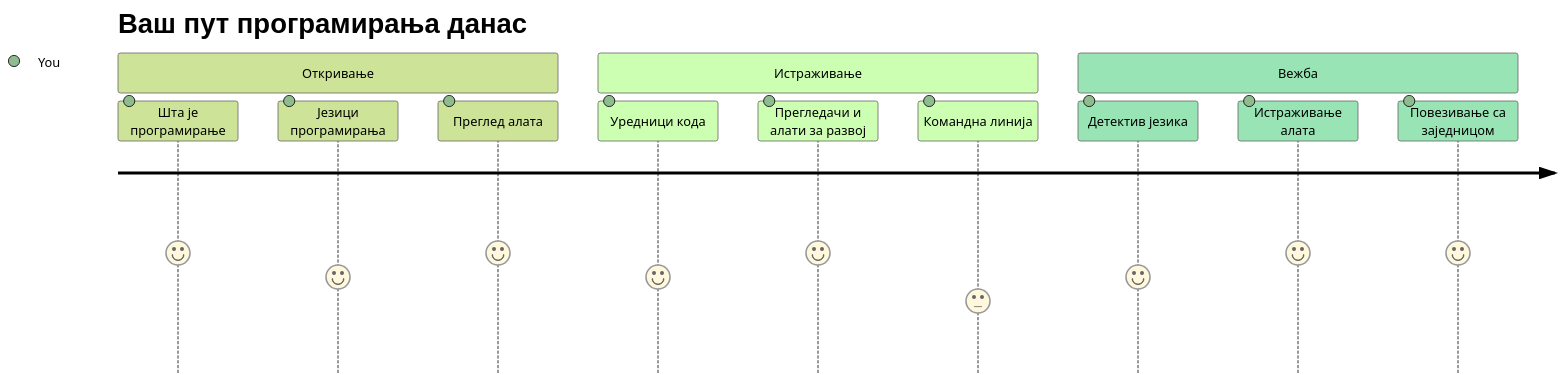
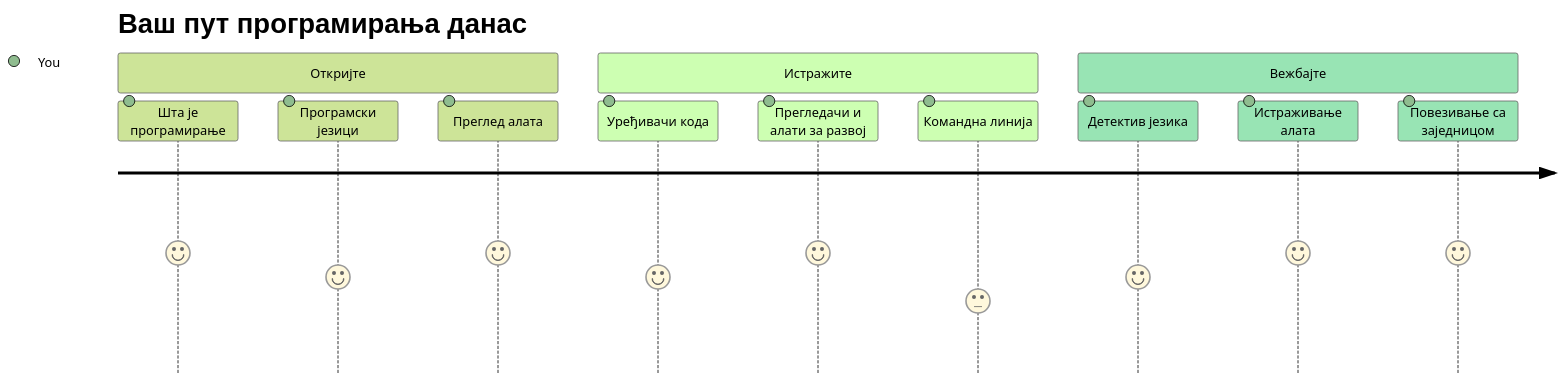
One commit to microsoft/Web-Dev-For-Beginners changed the first of 7 diagrams in translations/sr/1-getting-started-lessons/1-intro-to-programming-languages/README.md. Above: the diagram before and after it, drawn with Mermaid (forest theme). The commit also changed other lines of this file and 8 other files, not shown here.

````diff
--- a/translations/sr/1-getting-started-lessons/1-intro-to-programming-languages/README.md
+++ b/translations/sr/1-getting-started-lessons/1-intro-to-programming-languages/README.md
@@ -14,16 +14,16 @@
 ```mermaid
 journey
     title Ваш пут програмирања данас
-    section Откривање
+    section Откријте
       Шта је програмирање: 5: You
-      Језици програмирања: 4: You
+      Програмски језици: 4: You
       Преглед алата: 5: You
-    section Истраживање
-      Уредници кода: 4: You
+    section Истражите
+      Уређивачи кода: 4: You
       Прегледачи и алати за развој: 5: You
       Командна линија: 3: You
-    section Вежба
+    section Вежбајте
       Детектив језика: 4: You
       Истраживање алата: 5: You
       Повезивање са заједницом: 5: You
 ```
````
